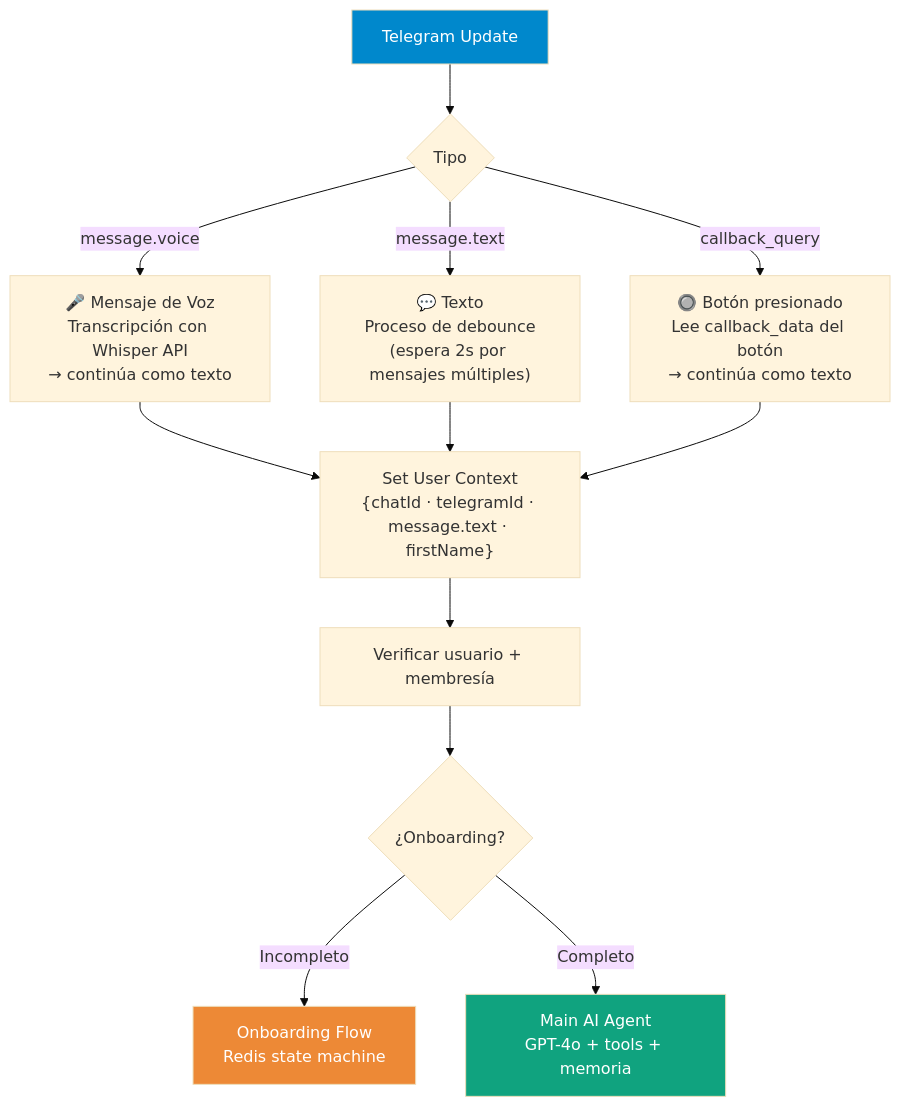
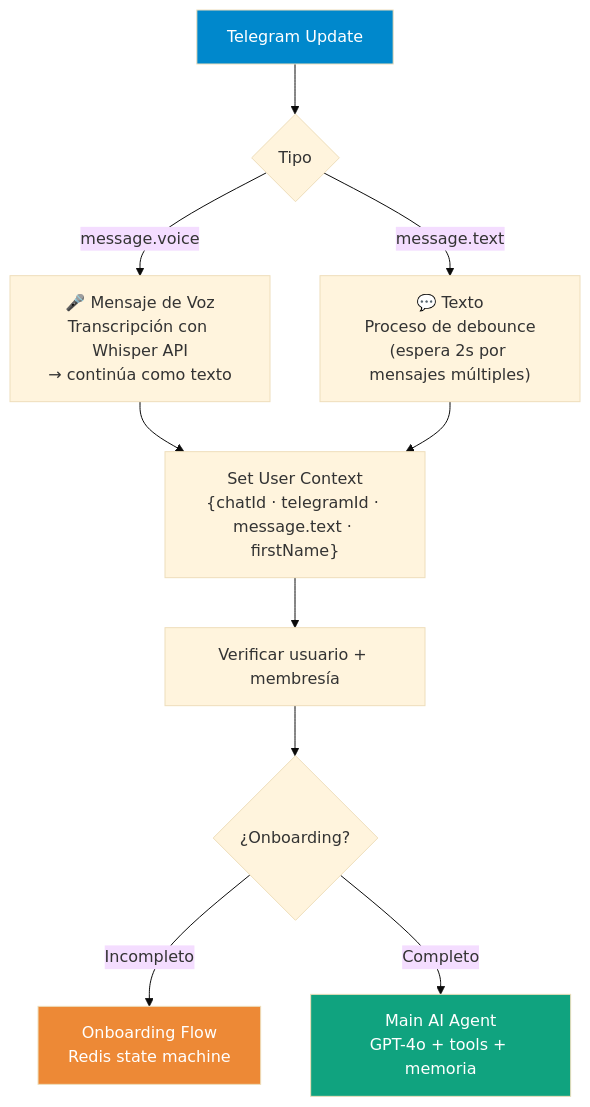
Before and after one commit to mauroibarra/asistente-nutrition-fitness: the second of 3 diagrams in src/bot/handlers/README.md, drawn with Mermaid (base theme). The commit also changed other lines of this file and 1 other file, not shown here.

First line of the commit message:
docs: remove callback_query references from all READMEs

````diff
--- a/src/bot/handlers/README.md
+++ b/src/bot/handlers/README.md
@@ -40,21 +40,19 @@
 ```mermaid
 flowchart TD
     MSG["Telegram Update"] --> SW{Tipo}
 
     SW -->|"message.voice"| V["🎤 Mensaje de Voz\nTranscripción con Whisper API\n→ continúa como texto"]
 
     SW -->|"message.text"| T["💬 Texto\nProceso de debounce\n(espera 2s por mensajes múltiples)"]
 
-    SW -->|"callback_query"| C["🔘 Botón presionado\nLee callback_data del botón\n→ continúa como texto"]
-
-    V & T & C --> UC["Set User Context\n{chatId · telegramId · message.text · firstName}"]
+    V & T --> UC["Set User Context\n{chatId · telegramId · message.text · firstName}"]
     UC --> VER["Verificar usuario + membresía"]
     VER --> RT{¿Onboarding?}
 
     RT -->|"Incompleto"| ON["Onboarding Flow\nRedis state machine"]
     RT -->|"Completo"| AG["Main AI Agent\nGPT-4o + tools + memoria"]
 
     style MSG fill:#0088cc,color:#fff
     style AG fill:#10a37f,color:#fff
     style ON fill:#ed8936,color:#fff
 ```
````
